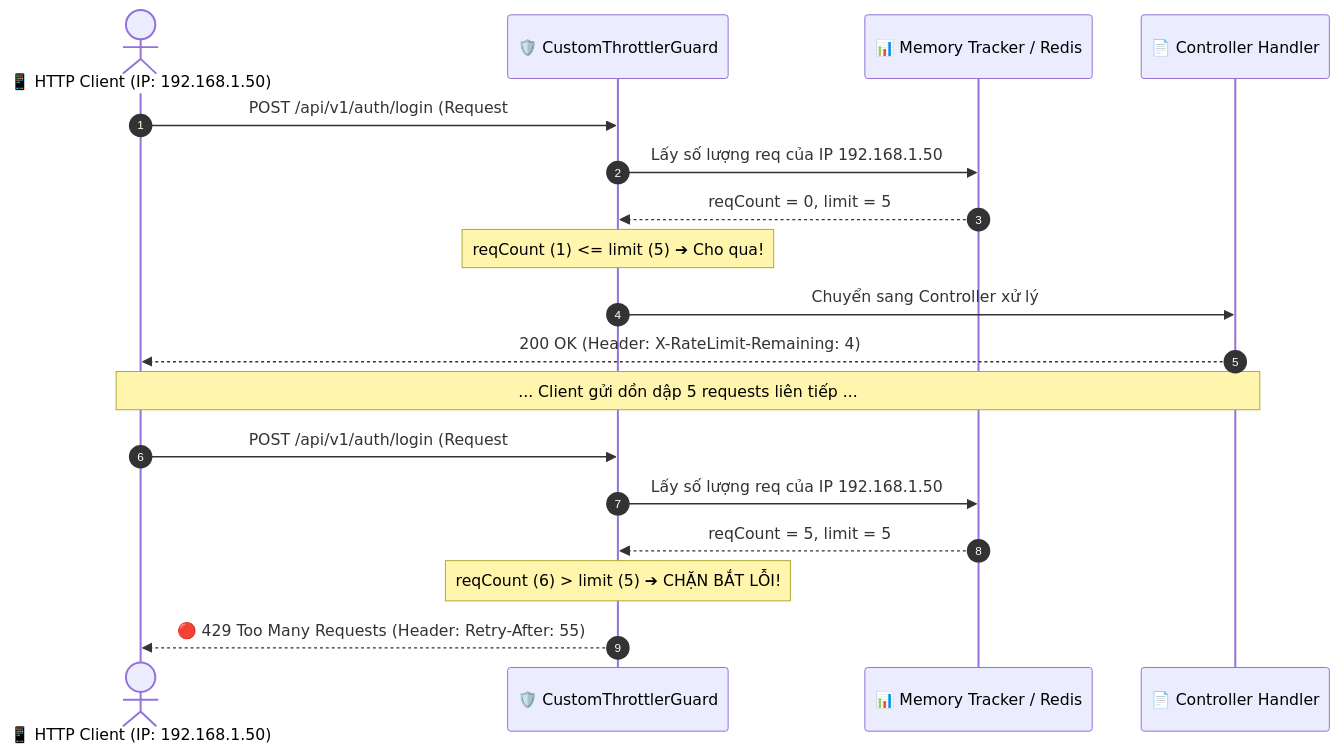
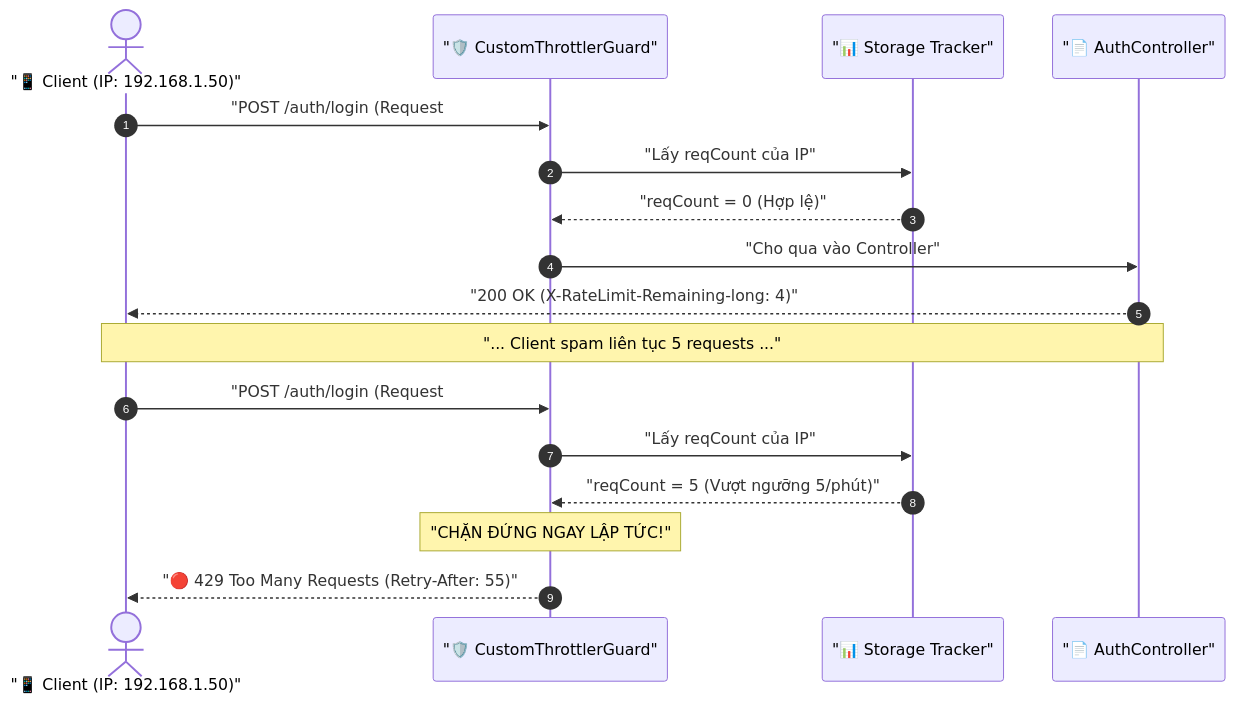
The first of 2 diagrams in docs/modules/module-04/lesson-4.7/lesson-4.7.md (thanhmati/nestjs-basic-course), drawn with Mermaid before and after one commit. The commit also changed other lines of this file and 3 other files, not shown here.

````diff
--- a/docs/modules/module-04/lesson-4.7/lesson-4.7.md
+++ b/docs/modules/module-04/lesson-4.7/lesson-4.7.md
@@ -63,23 +77,22 @@
 ```mermaid
 sequenceDiagram
     autonumber
-    actor Client as 📱 HTTP Client (IP: 192.168.1.50)
-    participant Guard as 🛡️ CustomThrottlerGuard
-    participant Tracker as 📊 Memory Tracker / Redis
-    participant Controller as 📄 Controller Handler
+    actor Client as "📱 Client (IP: 192.168.1.50)"
+    participant Guard as "🛡️ CustomThrottlerGuard"
+    participant Tracker as "📊 Storage Tracker"
+    participant Controller as "📄 AuthController"
 
-    Client->>Guard: POST /api/v1/auth/login (Request #1)
-    Guard->>Tracker: Lấy số lượng req của IP 192.168.1.50
-    Tracker-->>Guard: reqCount = 0, limit = 5
-    Note over Guard: reqCount (1) <= limit (5) ➔ Cho qua!
-    Guard->>Controller: Chuyển sang Controller xử lý
-    Controller-->>Client: 200 OK (Header: X-RateLimit-Remaining: 4)
+    Client->>Guard: "POST /auth/login (Request #1)"
+    Guard->>Tracker: "Lấy reqCount của IP"
+    Tracker-->>Guard: "reqCount = 0 (Hợp lệ)"
+    Guard->>Controller: "Cho qua vào Controller"
+    Controller-->>Client: "200 OK (X-RateLimit-Remaining-long: 4)"
 
-    Note over Client,Controller: ... Client gửi dồn dập 5 requests liên tiếp ...
+    Note over Client,Controller: "... Client spam liên tục 5 requests ..."
 
-    Client->>Guard: POST /api/v1/auth/login (Request #6 - Vượt limit!)
-    Guard->>Tracker: Lấy số lượng req của IP 192.168.1.50
-    Tracker-->>Guard: reqCount = 5, limit = 5
-    Note over Guard: reqCount (6) > limit (5) ➔ CHẶN BẮT LỖI!
-    Guard-->>Client: 🔴 429 Too Many Requests (Header: Retry-After: 55)
+    Client->>Guard: "POST /auth/login (Request #6 - Vượt limit!)"
+    Guard->>Tracker: "Lấy reqCount của IP"
+    Tracker-->>Guard: "reqCount = 5 (Vượt ngưỡng 5/phút)"
+    Note over Guard: "CHẶN ĐỨNG NGAY LẬP TỨC!"
+    Guard-->>Client: "🔴 429 Too Many Requests (Retry-After: 55)"
 ```
````
